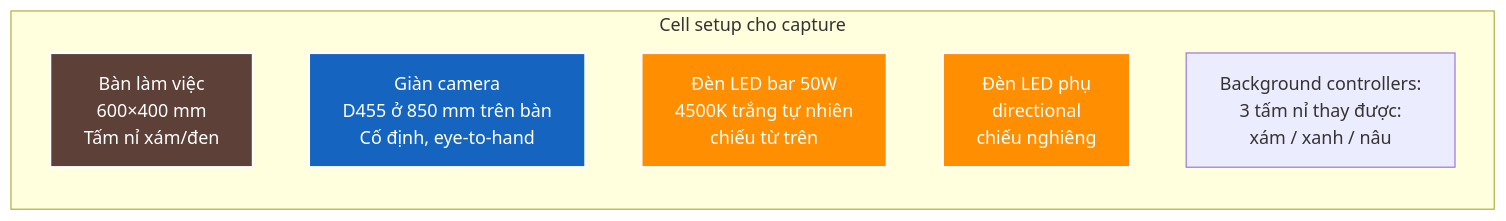
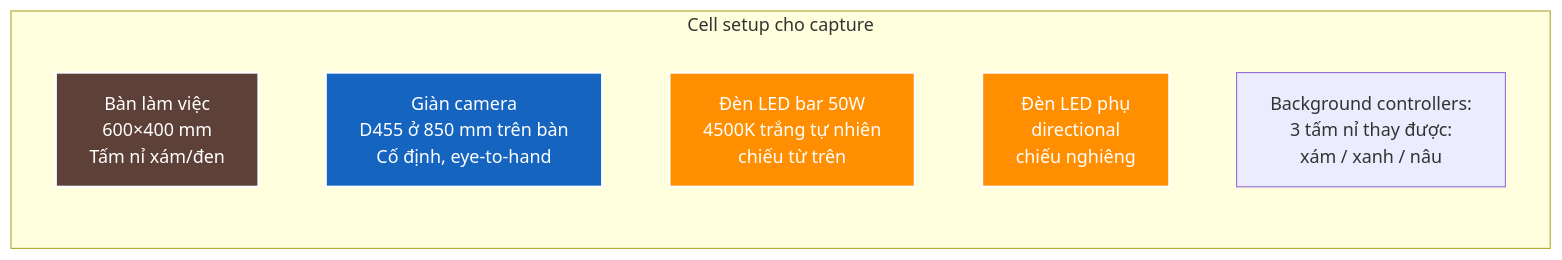
One commit to manhhv87/DTwinGP7 changed the fourth of 14 diagrams in docs/phat_bieu_bai_toan_v3_2_HD.md. Above: the diagram before and after it, drawn with Mermaid. The commit also changed other lines of this file and 26 other files, not shown here.

````diff
--- a/docs/phat_bieu_bai_toan_v3_2_HD.md
+++ b/docs/phat_bieu_bai_toan_v3_2_HD.md
@@ -375,16 +382,17 @@
 ```mermaid
+%%{init: {'flowchart': {'nodeSpacing': 60, 'rankSpacing': 85, 'useMaxWidth': false}}}%%
 graph TB
     subgraph "Cell setup cho capture"
         direction TB
         T[Bàn làm việc<br/>600×400 mm<br/>Tấm nỉ xám/đen]
         C[Giàn camera<br/>D455 ở 850 mm trên bàn<br/>Cố định, eye-to-hand]
         L1[Đèn LED bar 50W<br/>4500K trắng tự nhiên<br/>chiếu từ trên]
         L2[Đèn LED phụ<br/>directional<br/>chiếu nghiêng]
         BG[Background controllers:<br/>3 tấm nỉ thay được:<br/>xám / xanh / nâu]
     end
 
     style T fill:#5D4037,stroke:#fff,stroke-width:2px,color:#fff
     style C fill:#1565C0,stroke:#fff,stroke-width:2px,color:#fff
     style L1 fill:#FF8F00,stroke:#fff,stroke-width:2px,color:#fff
     style L2 fill:#FF8F00,stroke:#fff,stroke-width:2px,color:#fff
 ```
````
